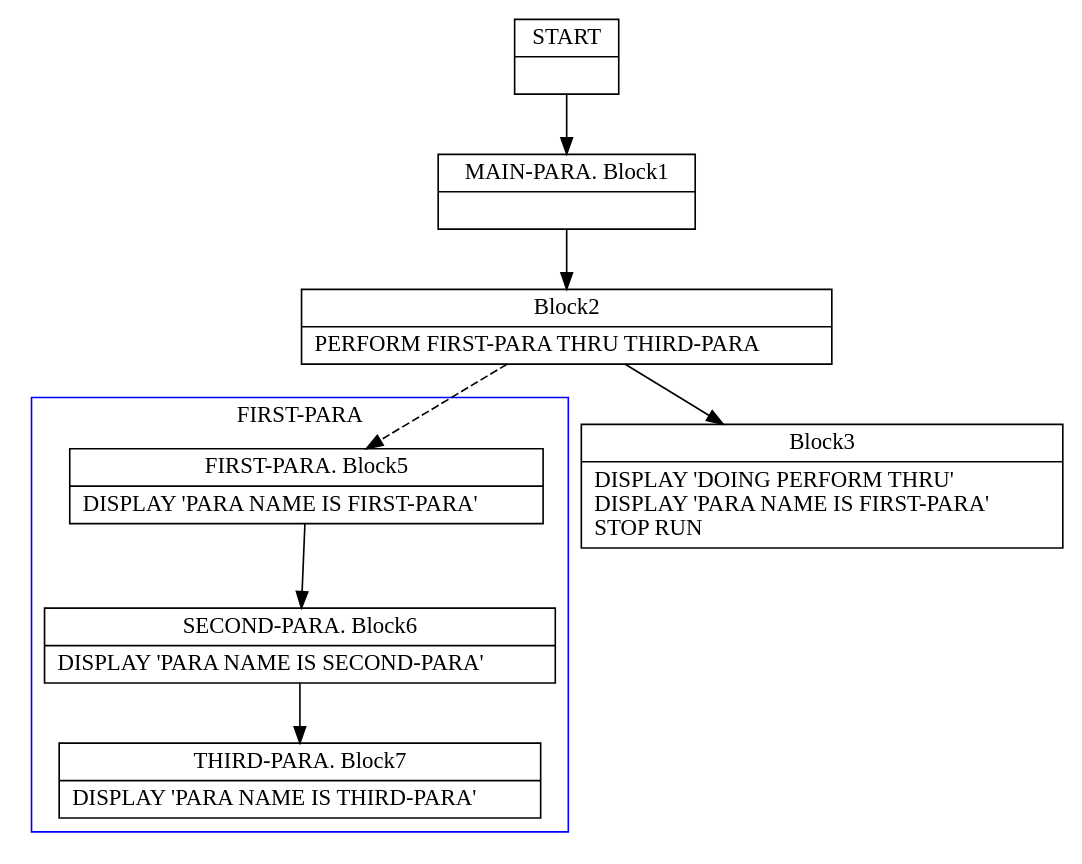
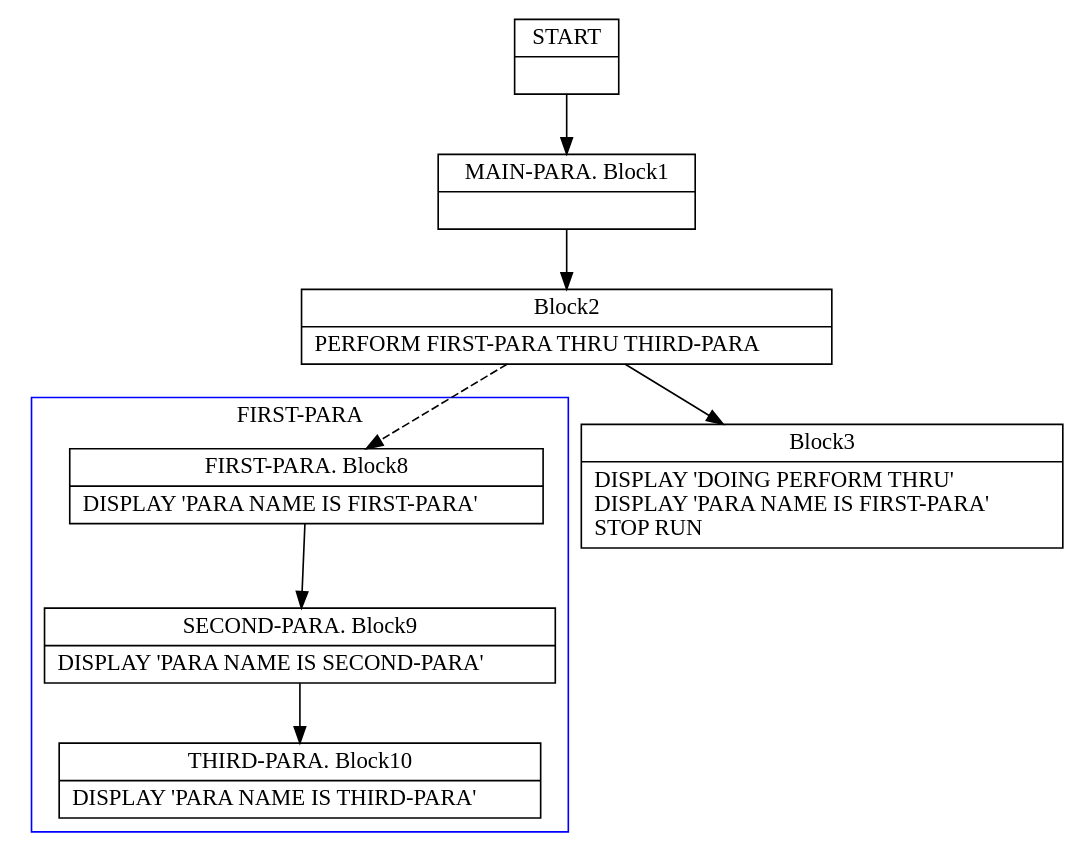
One commit to TypeCobolTeam/TypeCobol changed the diagram in TypeCobol.Analysis.Test/DotOutput/PerformThru0.dot. Above: the diagram before and after it, drawn with Graphviz. The commit also changed 12 other files, not shown here.

```diff
--- a/TypeCobol.Analysis.Test/DotOutput/PerformThru0.dot
+++ b/TypeCobol.Analysis.Test/DotOutput/PerformThru0.dot
@@ -1,44 +1,44 @@
 digraph Cfg {
 compound=true;
 node [
 shape = "record"
 ]
 
 edge [
 arrowtail = "empty"
 ]
 Block0 [
 label = "{START|}"
 ]
 Block1 [
 label = "{MAIN-PARA. Block1|}"
 ]
 Block2 [
 label = "{Block2|      PERFORM FIRST-PARA THRU THIRD-PARA\l}"
 ]
 subgraph cluster_1{
 color = blue;
 label = "FIRST-PARA";
-Block5 [
-label = "{FIRST-PARA. Block5|      DISPLAY 'PARA NAME IS  FIRST-PARA'\l}"
+Block8 [
+label = "{FIRST-PARA. Block8|      DISPLAY 'PARA NAME IS  FIRST-PARA'\l}"
 ]
-Block6 [
-label = "{SECOND-PARA. Block6|      DISPLAY 'PARA NAME IS  SECOND-PARA'\l}"
+Block9 [
+label = "{SECOND-PARA. Block9|      DISPLAY 'PARA NAME IS  SECOND-PARA'\l}"
 ]
-Block7 [
-label = "{THIRD-PARA. Block7|      DISPLAY 'PARA NAME IS  THIRD-PARA'\l}"
+Block10 [
+label = "{THIRD-PARA. Block10|      DISPLAY 'PARA NAME IS  THIRD-PARA'\l}"
 ]
-Block5 -> Block6
-Block6 -> Block7
+Block8 -> Block9
+Block9 -> Block10
 
 }
-Block2 -> Block5 [style=dashed]
+Block2 -> Block8 [style=dashed]
 
 Block3 [
 label = "{Block3|      DISPLAY 'DOING PERFORM THRU'\l      DISPLAY 'PARA NAME IS  FIRST-PARA'\l      STOP RUN\l}"
 ]
 Block0 -> Block1
 Block1 -> Block2
 Block2 -> Block3
 
 }
```
